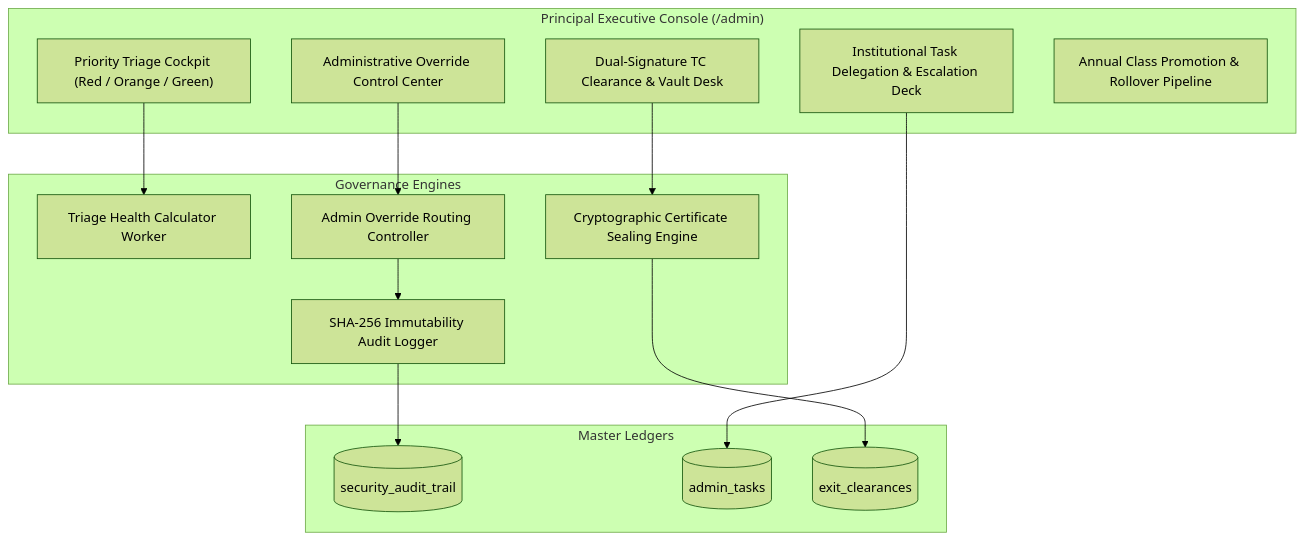
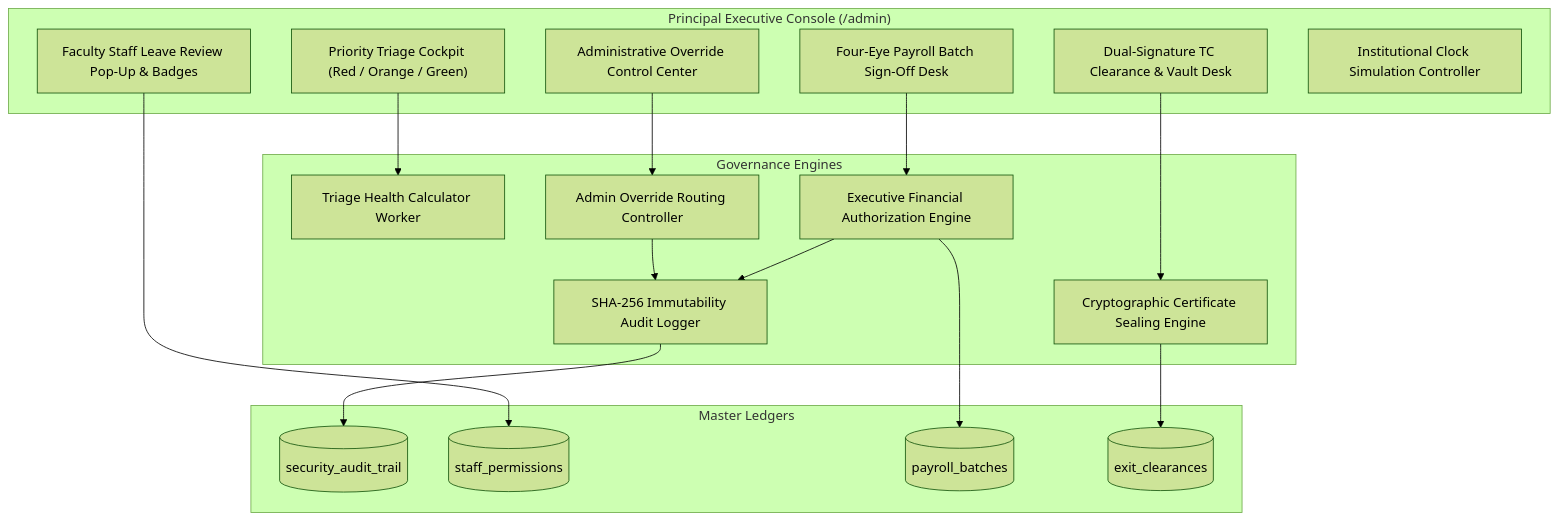
The ninth of 19 diagrams in docs/architecture/ROLE_WISE_ARCHITECTURE_AND_WORKFLOWS.md (DiradzProducts/EDU360), drawn with Mermaid (forest theme) before and after one commit. The commit also changed other lines of this file and 6 other files, not shown here.

Commit message:
docs(architecture): synchronize role-wise workflows with payroll LOP, batch exam schedules, and clock engine (v8.5)

````diff
--- a/docs/architecture/ROLE_WISE_ARCHITECTURE_AND_WORKFLOWS.md
+++ b/docs/architecture/ROLE_WISE_ARCHITECTURE_AND_WORKFLOWS.md
@@ -341,28 +386,33 @@
 ```mermaid
 graph TD
     subgraph AdminConsole ["Principal Executive Console (/admin)"]
         UI_TRIAGE["Priority Triage Cockpit (Red / Orange / Green)"]
         UI_OVERRIDE_PANEL["Administrative Override Control Center"]
-        UI_TASK_COCKPIT["Institutional Task Delegation & Escalation Deck"]
+        UI_LEAVE_WIDGET["Faculty Staff Leave Review Pop-Up & Badges"]
+        UI_PAYROLL_AUTH["Four-Eye Payroll Batch Sign-Off Desk"]
         UI_TC_VAULT["Dual-Signature TC Clearance & Vault Desk"]
-        UI_ROLLOVER_ENG["Annual Class Promotion & Rollover Pipeline"]
+        UI_CLOCK_SIM["Institutional Clock Simulation Controller"]
     end
 
     subgraph AdminEngines ["Governance Engines"]
         TRIAGE_CALC["Triage Health Calculator Worker"]
         OVERRIDE_EXEC["Admin Override Routing Controller"]
+        PAYROLL_SIGNER["Executive Financial Authorization Engine"]
         SEAL_SERVICE["Cryptographic Certificate Sealing Engine"]
         AUDIT_LOGGER["SHA-256 Immutability Audit Logger"]
     end
 
     subgraph AdminLedgers ["Master Ledgers"]
         DB_AUDIT[("security_audit_trail")]
-        DB_TASKS[("admin_tasks")]
+        DB_STAFF_LEAVES[("staff_permissions")]
+        DB_PAYROLL[("payroll_batches")]
         DB_CLEARANCE[("exit_clearances")]
     end
 
     UI_TRIAGE --> TRIAGE_CALC
     UI_OVERRIDE_PANEL --> OVERRIDE_EXEC --> AUDIT_LOGGER --> DB_AUDIT
-    UI_TASK_COCKPIT --> DB_TASKS
+    UI_LEAVE_WIDGET --> DB_STAFF_LEAVES
+    UI_PAYROLL_AUTH --> PAYROLL_SIGNER --> DB_PAYROLL
+    PAYROLL_SIGNER --> AUDIT_LOGGER
     UI_TC_VAULT --> SEAL_SERVICE --> DB_CLEARANCE
 ```
````
